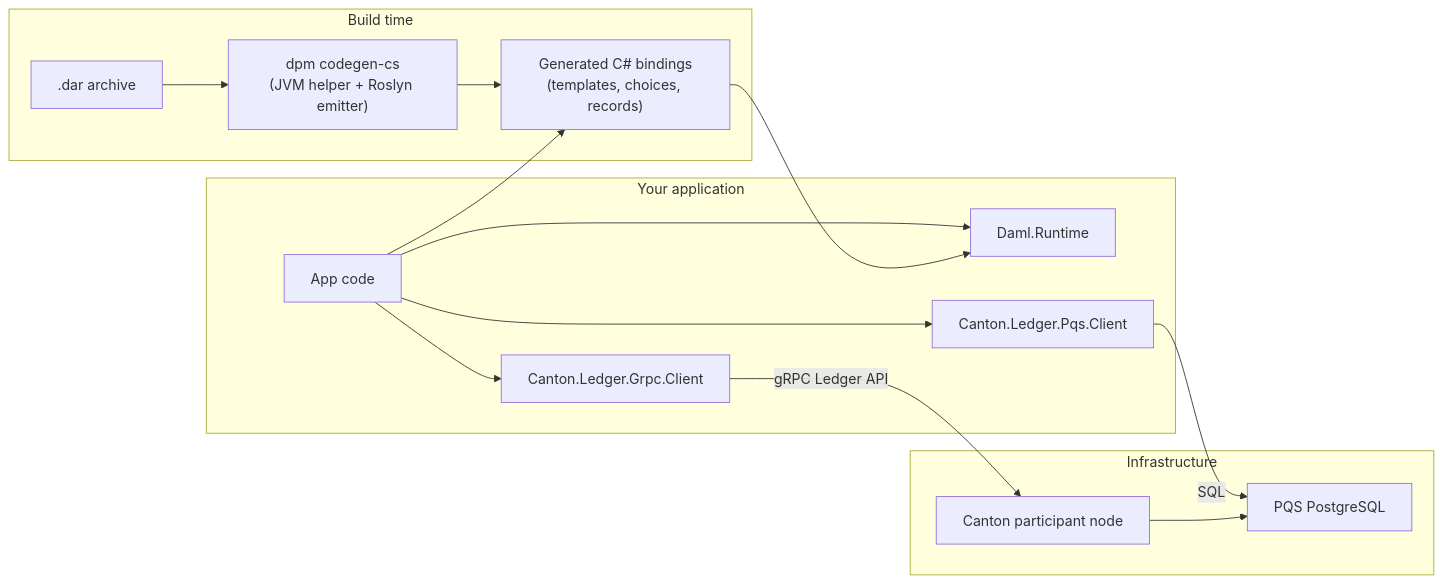
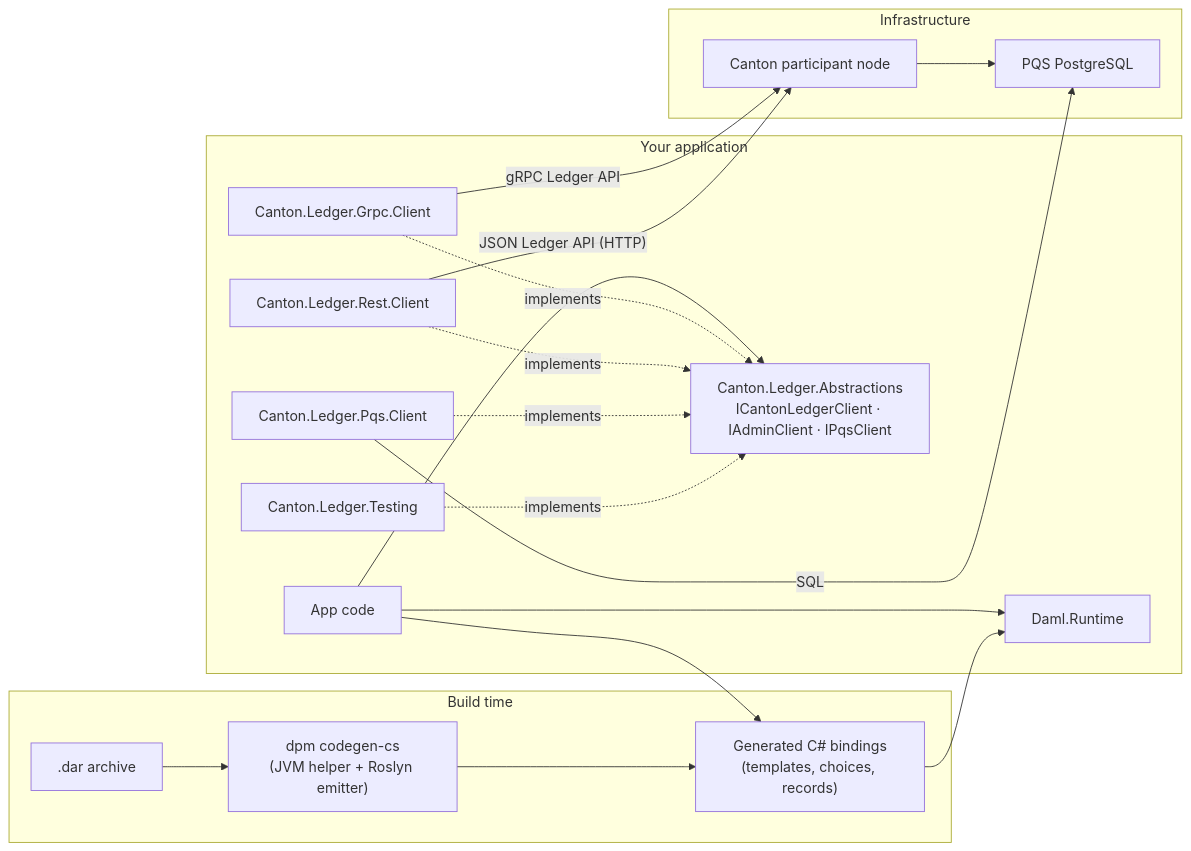
One commit to peacefulstudio/canton-dotnet-sdk changed the first of 4 diagrams in docs/public/architecture-overview.md. Above: the diagram before and after it, drawn with Mermaid. The commit also changed other lines of this file and 221 other files, not shown here.

````diff
--- a/docs/public/architecture-overview.md
+++ b/docs/public/architecture-overview.md
@@ -14,21 +16,25 @@
 ```mermaid
 flowchart LR
     subgraph "Build time"
         DAR[".dar archive"] --> CG["dpm codegen-cs\n(JVM helper + Roslyn emitter)"]
         CG --> GEN["Generated C# bindings\n(templates, choices, records)"]
     end
 
     subgraph "Your application"
         APP["App code"] --> GEN
         APP --> RT["Daml.Runtime"]
-        APP --> CLIENT["Canton.Ledger.Grpc.Client"]
-        APP --> PQS["Canton.Ledger.Pqs.Client"]
+        APP --> ABS["Canton.Ledger.Abstractions\nICantonLedgerClient · IAdminClient · IPqsClient"]
         GEN --> RT
+        GRPC["Canton.Ledger.Grpc.Client"] -. implements .-> ABS
+        REST["Canton.Ledger.Rest.Client"] -. implements .-> ABS
+        PQS["Canton.Ledger.Pqs.Client"] -. implements .-> ABS
+        FAKE["Canton.Ledger.Testing"] -. implements .-> ABS
     end
 
     subgraph "Infrastructure"
-        CLIENT -- "gRPC Ledger API" --> NODE["Canton participant node"]
+        GRPC -- "gRPC Ledger API" --> NODE["Canton participant node"]
+        REST -- "JSON Ledger API (HTTP)" --> NODE
         PQS -- "SQL" --> PG["PQS PostgreSQL"]
         NODE --> PG
     end
 ```
````
